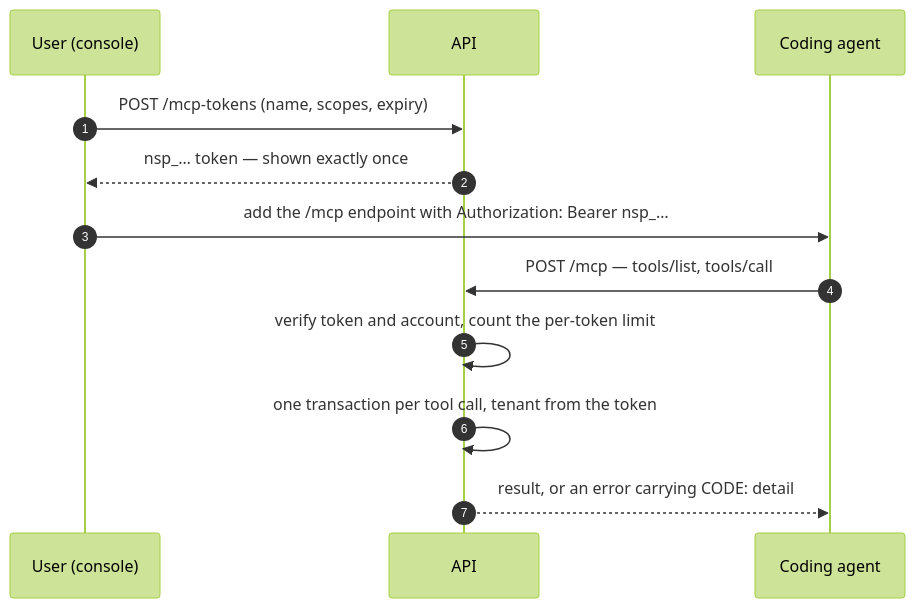
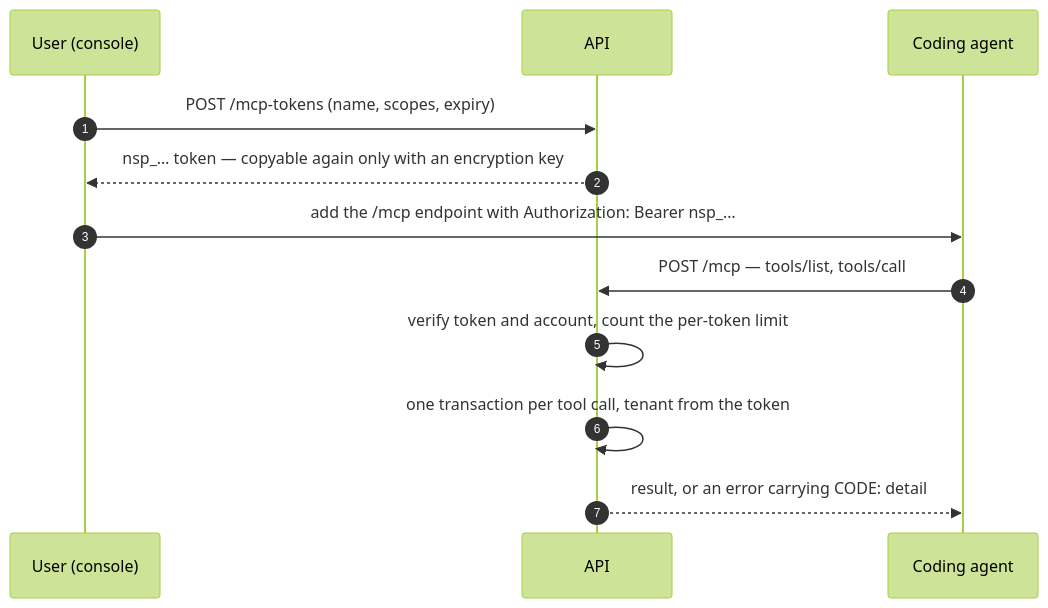
One commit to Rifilwe-2025/nash-chat-api changed diagram 11 of 12 in README.md. Above: the diagram before and after it, drawn with Mermaid (forest theme). The commit also changed other lines of this file and 17 other files, not shown here.

````diff
--- a/README.md
+++ b/README.md
@@ -588,15 +591,15 @@
 ```mermaid
 sequenceDiagram
     autonumber
     participant U as User (console)
     participant API as API
     participant CA as Coding agent
 
     U->>API: POST /mcp-tokens (name, scopes, expiry)
-    API-->>U: nsp_… token — shown exactly once
+    API-->>U: nsp_… token — copyable again only with an encryption key
     U->>CA: add the /mcp endpoint with Authorization: Bearer nsp_…
     CA->>API: POST /mcp — tools/list, tools/call
     API->>API: verify token and account, count the per-token limit
     API->>API: one transaction per tool call, tenant from the token
     API-->>CA: result, or an error carrying CODE: detail
 ```
````
